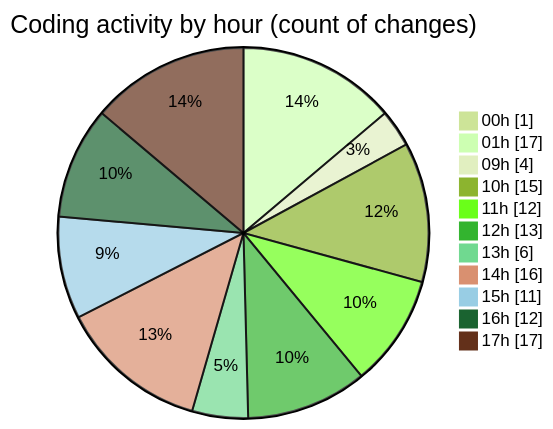
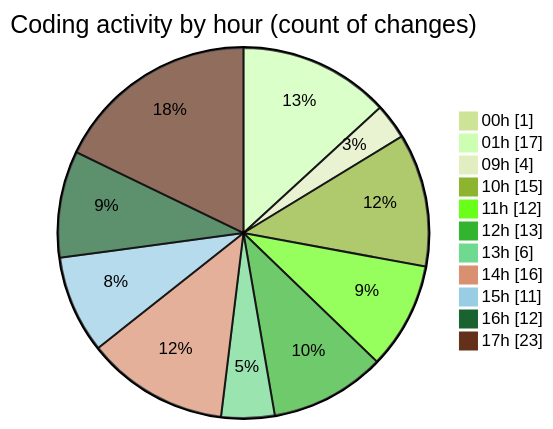
Before and after one commit to julien-gomy/code-tracking: the second of 2 diagrams in 2025-11-01/cdp_aleoudev_fr__workspace_/README.md, drawn with Mermaid (forest theme). The commit also changed other lines of this file and 1 other file, not shown here.

````diff
--- a/2025-11-01/cdp_aleoudev_fr__workspace_/README.md
+++ b/2025-11-01/cdp_aleoudev_fr__workspace_/README.md
@@ -46,15 +48,15 @@
 ```mermaid
 pie showData
 title Coding activity by hour (count of changes)
 "00h" : 1
 "01h" : 17
 "09h" : 4
 "10h" : 15
 "11h" : 12
 "12h" : 13
 "13h" : 6
 "14h" : 16
 "15h" : 11
 "16h" : 12
-"17h" : 17
+"17h" : 23
 ```
````
